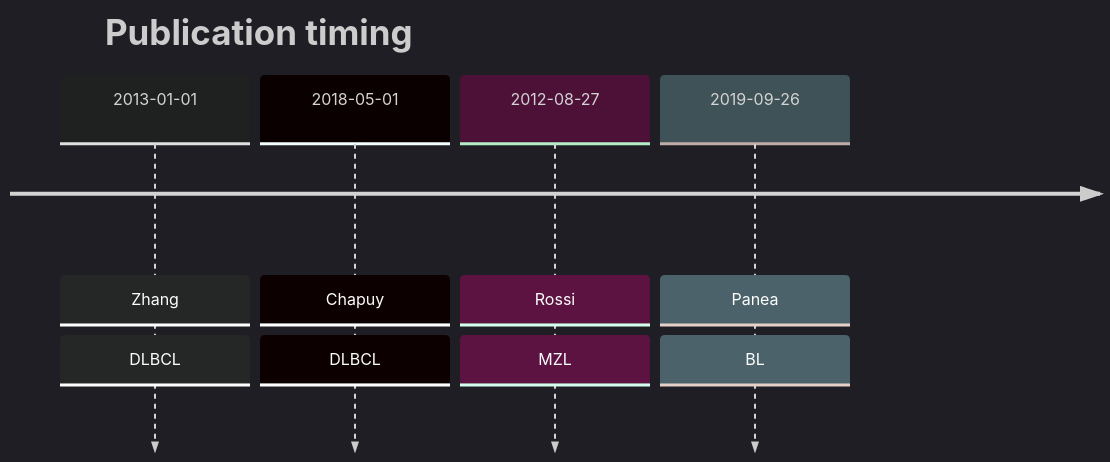
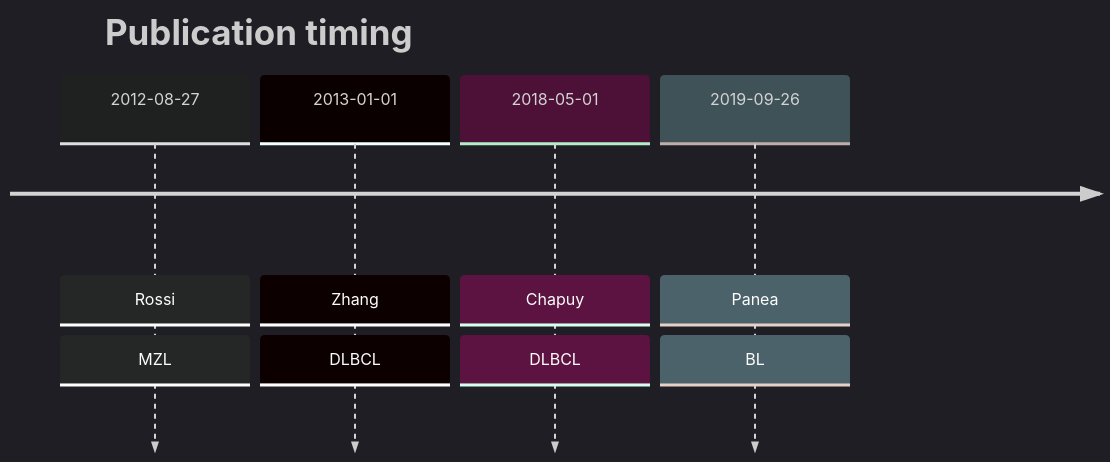
One commit to morinlab/lymphopedia changed the diagram in HIST1H2BK.md. Above: the diagram before and after it, drawn with Mermaid.

````diff
--- a/HIST1H2BK.md
+++ b/HIST1H2BK.md
@@ -15,9 +15,9 @@
 ```mermaid
 %%{init: { 'logLevel': 'debug', 'theme': 'dark' } }%%
 timeline
     title Publication timing
+2012-08-27 : Rossi : MZL
       2013-01-01 : Zhang : DLBCL
       2018-05-01 : Chapuy : DLBCL
-      2012-08-27 : Rossi : MZL
       2019-09-26 : Panea : BL
 ```
````
